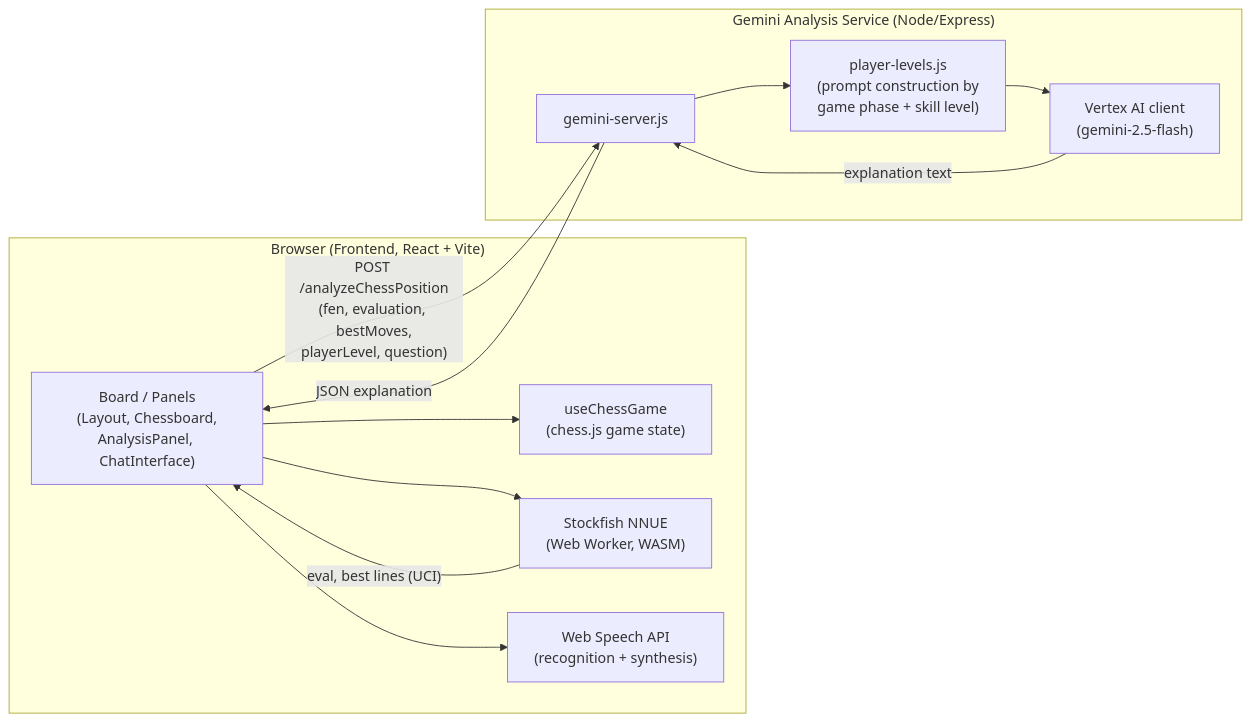
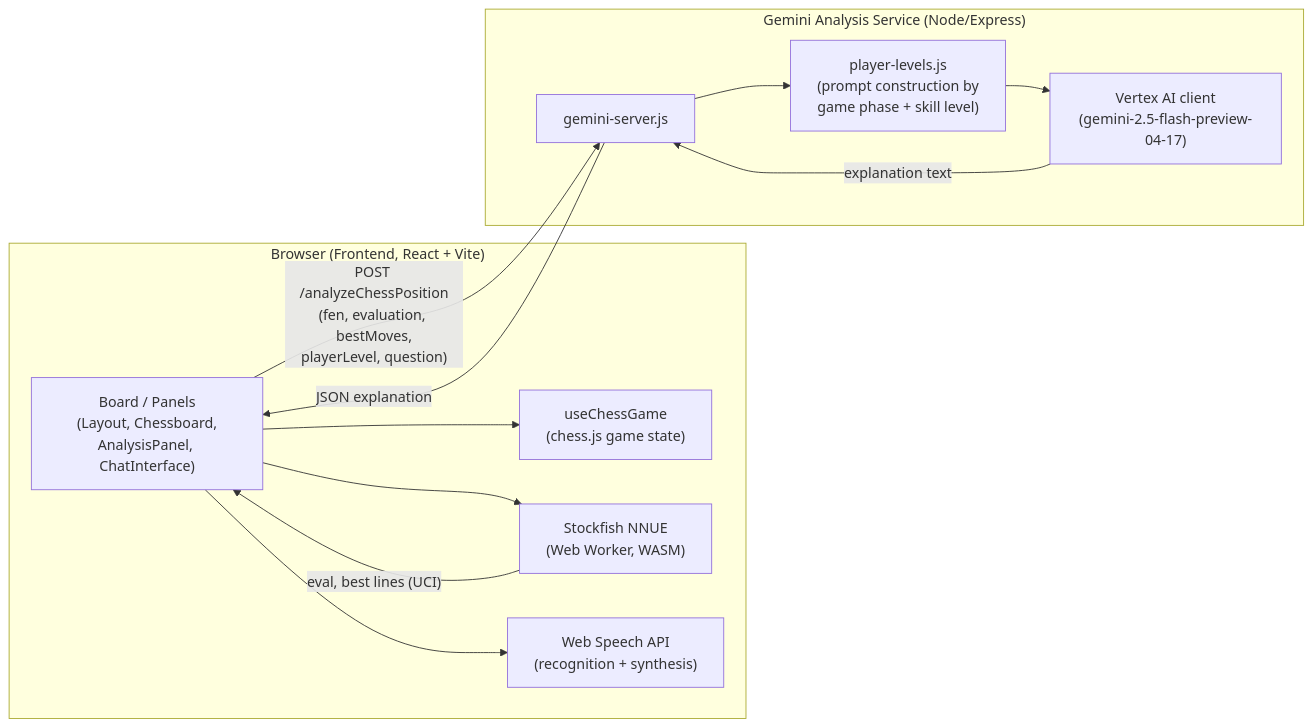
Before and after one commit to V-prajit/Enpassant: the first of 2 diagrams in README.md, drawn with Mermaid. The commit also changed other lines of this file, not shown here.

First line of the commit message:
docs: fix reviewer-flagged README issues (Deep Think claim, em dashes, diagram)

````diff
--- a/README.md
+++ b/README.md
@@ -25,25 +25,25 @@
 ```mermaid
 flowchart LR
     subgraph Browser["Browser (Frontend, React + Vite)"]
         UI["Board / Panels\n(Layout, Chessboard,\nAnalysisPanel, ChatInterface)"]
         Hook["useChessGame\n(chess.js game state)"]
         SF["Stockfish NNUE\n(Web Worker, WASM)"]
         Speech["Web Speech API\n(recognition + synthesis)"]
     end
 
     subgraph Backend["Gemini Analysis Service (Node/Express)"]
         Server["gemini-server.js"]
         Prompt["player-levels.js\n(prompt construction by\ngame phase + skill level)"]
-        Vertex["Vertex AI client\n(gemini-2.5-flash)"]
+        Vertex["Vertex AI client\n(gemini-2.5-flash-preview-04-17)"]
     end
 
     UI --> Hook
     UI --> SF
     UI --> Speech
     SF -- "eval, best lines (UCI)" --> UI
     UI -- "POST /analyzeChessPosition\n(fen, evaluation, bestMoves,\nplayerLevel, question)" --> Server
     Server --> Prompt
     Prompt --> Vertex
     Vertex -- "explanation text" --> Server
     Server -- "JSON explanation" --> UI
 ```
````
